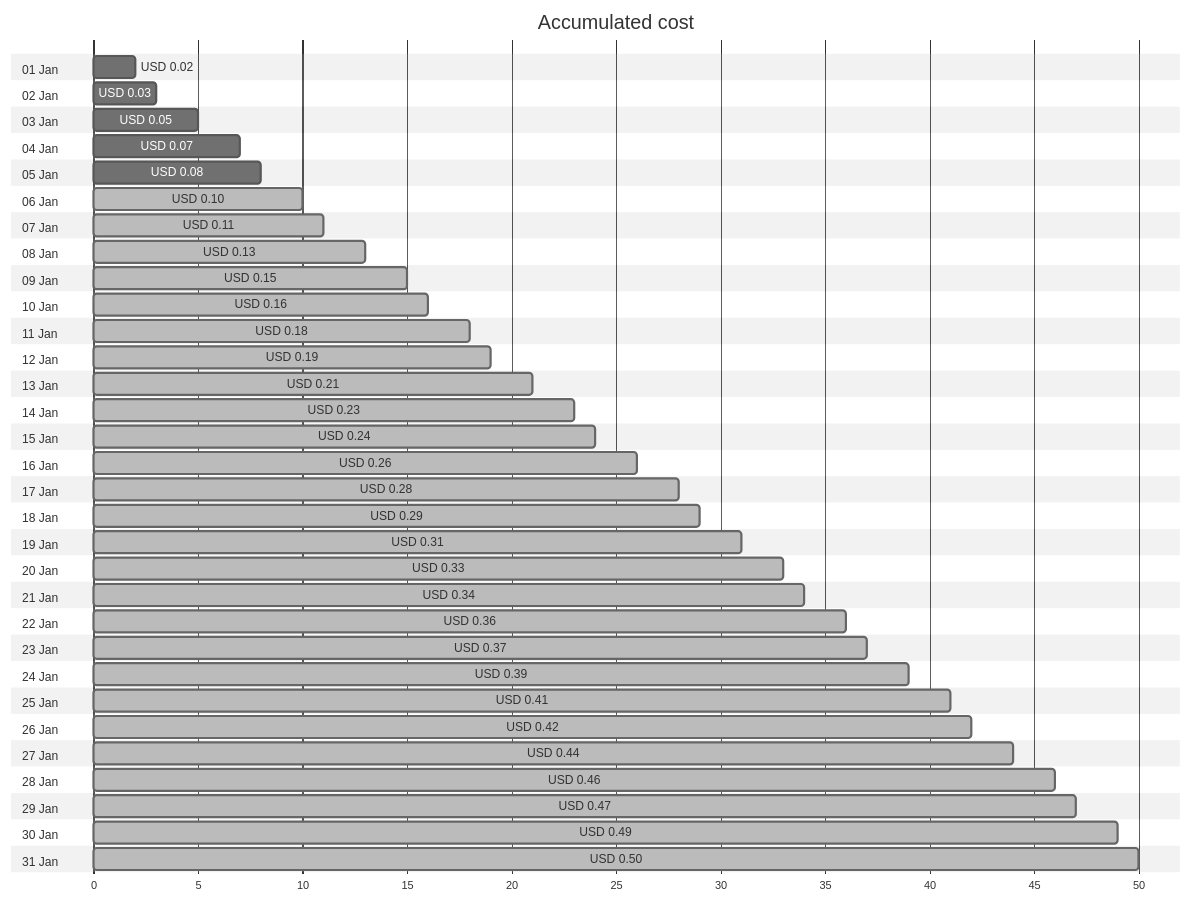
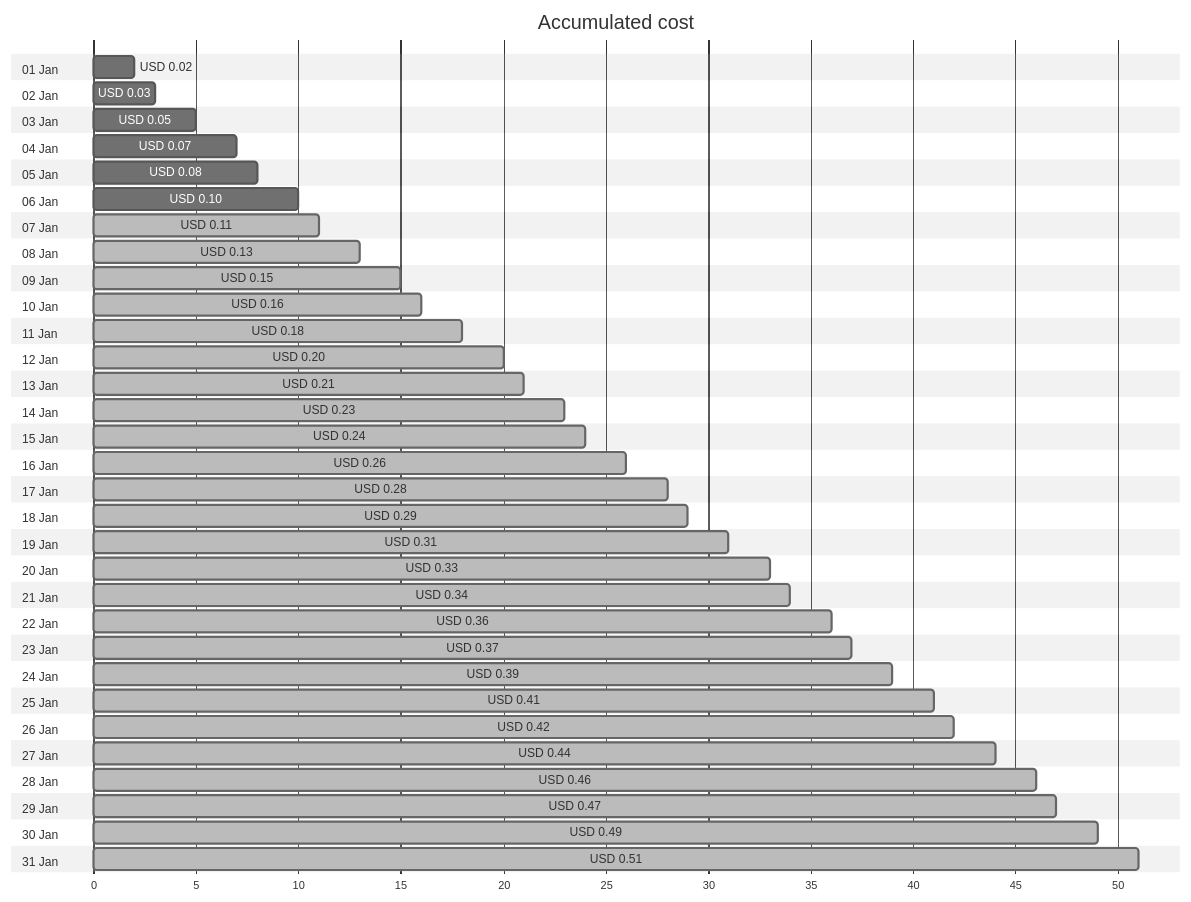
One commit to jpfulton/azure-personal-reports changed the first of 4 diagrams in cost-reports/personal-dns/jpatrickfulton.com.md. Above: the diagram before and after it, drawn with Mermaid (neutral theme). The commit also changed other lines of this file and 2 other files, not shown here.

````diff
--- a/cost-reports/personal-dns/jpatrickfulton.com.md
+++ b/cost-reports/personal-dns/jpatrickfulton.com.md
@@ -20,68 +20,68 @@
 ```mermaid
 gantt
    title Accumulated cost
    dateFormat  X
    axisFormat %s
    section 01 Jan
    USD 0.02 :0, 2
    section 02 Jan
    USD 0.03 :0, 3
    section 03 Jan
    USD 0.05 :0, 5
    section 04 Jan
    USD 0.07 :0, 7
    section 05 Jan
    USD 0.08 :0, 8
    section 06 Jan
-   USD 0.10 : done, 0, 10
+   USD 0.10 :0, 10
    section 07 Jan
    USD 0.11 : done, 0, 11
    section 08 Jan
    USD 0.13 : done, 0, 13
    section 09 Jan
    USD 0.15 : done, 0, 15
    section 10 Jan
    USD 0.16 : done, 0, 16
    section 11 Jan
    USD 0.18 : done, 0, 18
    section 12 Jan
-   USD 0.19 : done, 0, 19
+   USD 0.20 : done, 0, 20
    section 13 Jan
    USD 0.21 : done, 0, 21
    section 14 Jan
    USD 0.23 : done, 0, 23
    section 15 Jan
    USD 0.24 : done, 0, 24
    section 16 Jan
    USD 0.26 : done, 0, 26
    section 17 Jan
    USD 0.28 : done, 0, 28
    section 18 Jan
    USD 0.29 : done, 0, 29
    section 19 Jan
    USD 0.31 : done, 0, 31
    section 20 Jan
    USD 0.33 : done, 0, 33
    section 21 Jan
    USD 0.34 : done, 0, 34
    section 22 Jan
    USD 0.36 : done, 0, 36
    section 23 Jan
    USD 0.37 : done, 0, 37
    section 24 Jan
    USD 0.39 : done, 0, 39
    section 25 Jan
    USD 0.41 : done, 0, 41
    section 26 Jan
    USD 0.42 : done, 0, 42
    section 27 Jan
    USD 0.44 : done, 0, 44
    section 28 Jan
    USD 0.46 : done, 0, 46
    section 29 Jan
    USD 0.47 : done, 0, 47
    section 30 Jan
    USD 0.49 : done, 0, 49
    section 31 Jan
-   USD 0.50 : done, 0, 50
+   USD 0.51 : done, 0, 51
 ```
````
